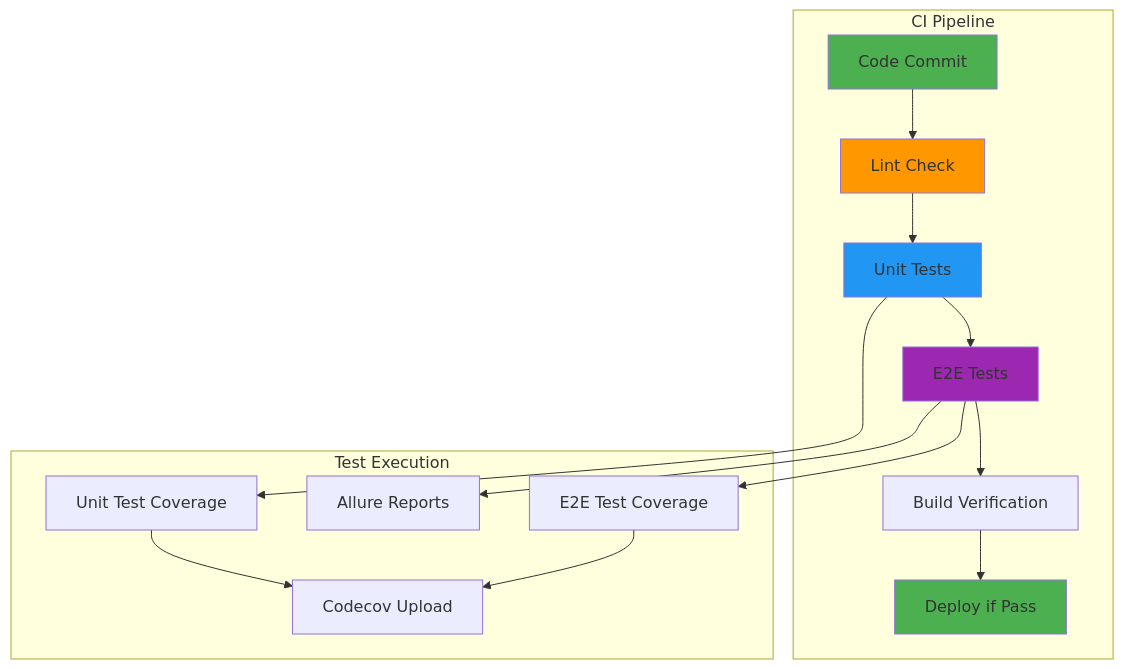
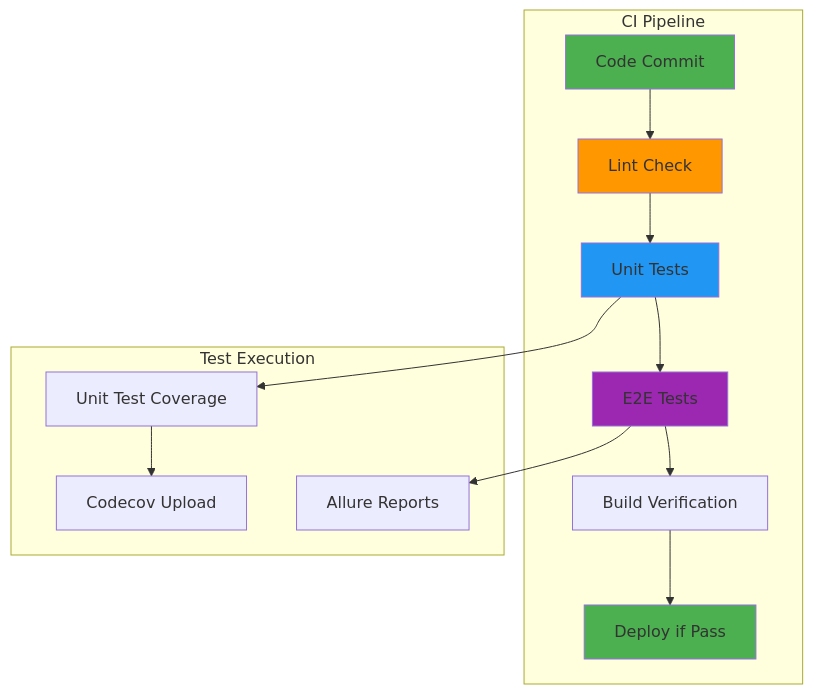
The diagram in docs/testing/CI_INTEGRATION.md (CommunityStream-io/flock), drawn with Mermaid before and after one commit. The commit also changed other lines of this file and 6 other files, not shown here.

````diff
--- a/docs/testing/CI_INTEGRATION.md
+++ b/docs/testing/CI_INTEGRATION.md
@@ -17,29 +17,26 @@
 ```mermaid
 graph TB
     subgraph "CI Pipeline"
         A[Code Commit] --> B[Lint Check]
         B --> C[Unit Tests]
         C --> D[E2E Tests]
         D --> E[Build Verification]
         E --> F[Deploy if Pass]
     end
     
     subgraph "Test Execution"
         G[Unit Test Coverage]
-        H[E2E Test Coverage]
-        I[Allure Reports]
-        J[Codecov Upload]
+        H[Allure Reports]
+        I[Codecov Upload]
     end
     
     C --> G
     D --> H
-    D --> I
-    G --> J
-    H --> J
+    G --> I
     
     style A fill:#4caf50
     style B fill:#ff9800
     style C fill:#2196f3
     style D fill:#9c27b0
     style F fill:#4caf50
 ```
````
